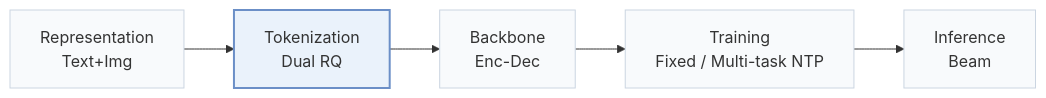
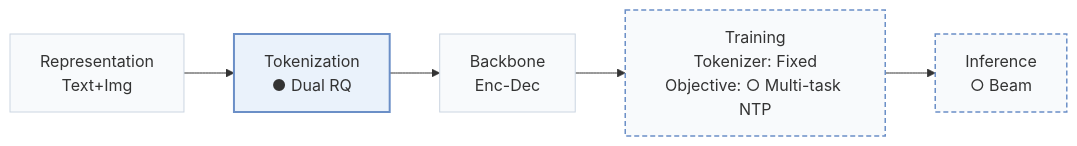
One commit to Galaxy-ghost/Awesome-SID-Generative-Rec changed the first of 3 diagrams in pages/papers/mql4grec.md. Above: the diagram before and after it, drawn with Mermaid. The commit also changed other lines of this file and 558 other files, not shown here.

````diff
--- a/pages/papers/mql4grec.md
+++ b/pages/papers/mql4grec.md
@@ -15,8 +19,10 @@
 ```mermaid
 flowchart LR
-    R["Representation<br/>Text+Img"] --> T["Tokenization<br/>Dual RQ"] --> B["Backbone<br/>Enc-Dec"] --> TR["Training<br/>Fixed / Multi-task NTP"] --> I["Inference<br/>Beam"]
+    R["Representation<br/>Text+Img"] --> T["Tokenization<br/>● Dual RQ"] --> B["Backbone<br/>Enc-Dec"] --> TR["Training<br/>Tokenizer: Fixed<br/>Objective: ○ Multi-task NTP"] --> I["Inference<br/>○ Beam"]
     classDef base fill:#f8fafc,stroke:#cbd5e1
     class R,T,B,TR,I base
+    classDef other fill:#f8fafc,stroke:#6b8fc7,stroke-width:1.5px,stroke-dasharray:5 3
+    class TR,I other
     classDef main fill:#eaf2fb,stroke:#6b8fc7,stroke-width:2px
     class T main
 ```
````
